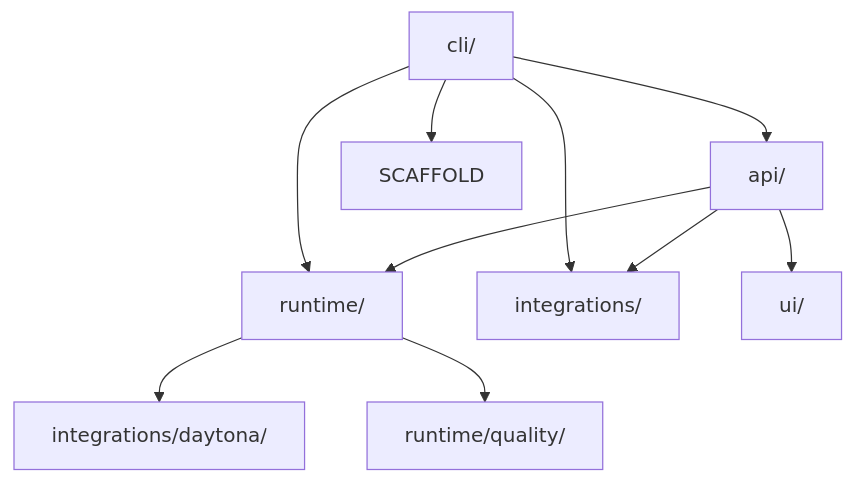
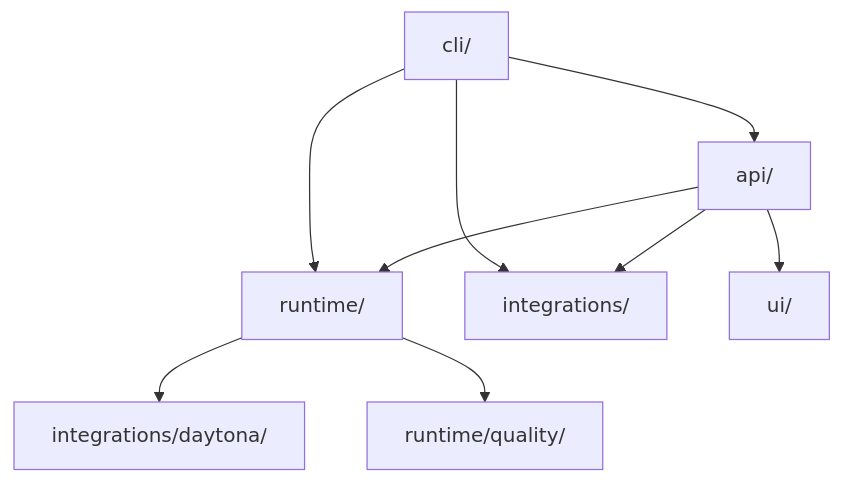
Before and after one commit to Qredence/fleet-rlm: the diagram in docs/reference/codebase-map.md, drawn with Mermaid. The commit also changed other lines of this file and 23 other files, not shown here.

````diff
--- a/docs/reference/codebase-map.md
+++ b/docs/reference/codebase-map.md
@@ -19,14 +18,13 @@
 ```mermaid
 graph TB
     CLI["cli/"] --> API
     CLI --> RUNTIME
     CLI --> INTEGRATIONS
-    CLI --> SCAFFOLD
 
     API["api/"] --> RUNTIME["runtime/"]
     API --> INTEGRATIONS["integrations/"]
     API --> UI["ui/"]
 
     RUNTIME --> DAYTONA["integrations/daytona/"]
     RUNTIME --> QUALITY["runtime/quality/"]
 ```
````
